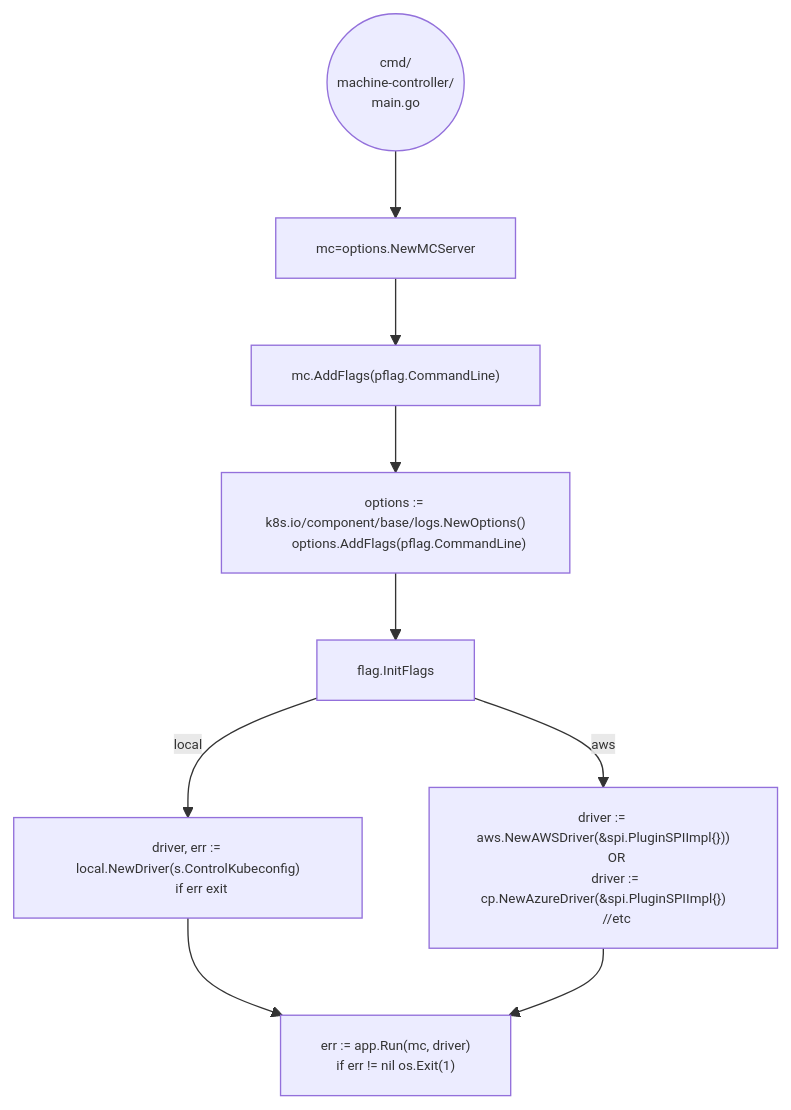
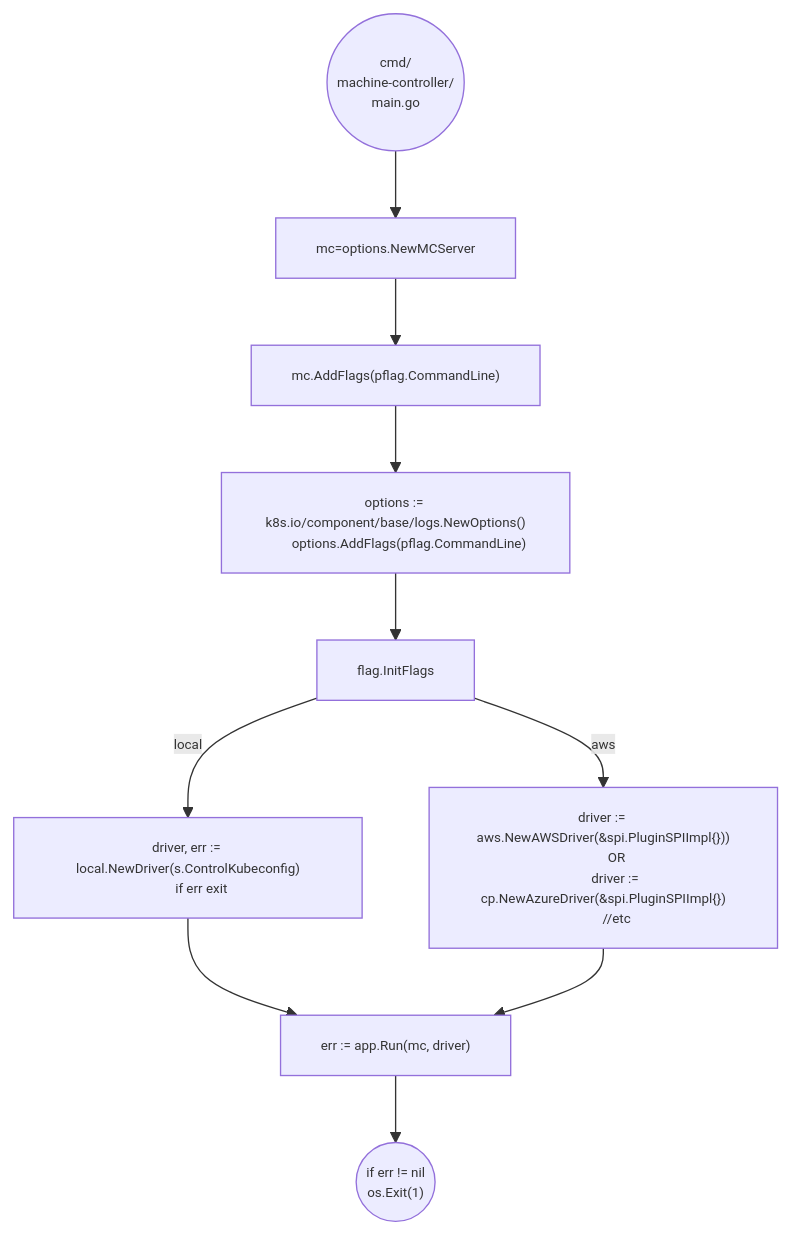
Before and after one commit to elankath/mcmdesign: the first of 2 diagrams in src/machine-controller/README.md, drawn with Mermaid. The commit also changed other lines of this file and 11 other files, not shown here.

````diff
--- a/src/machine-controller/README.md
+++ b/src/machine-controller/README.md
@@ -70,29 +71,30 @@
 ```mermaid
 %%{init: {'themeVariables': { 'fontSize': '10px'}, "flowchart": {"useMaxWidth": false }}}%%
 flowchart TB
 
 Begin(("cmd/
 machine-controller/
 main.go"))
 -->NewMCServer["mc=options.NewMCServer"]
 -->AddFlaogs["mc.AddFlags(pflag.CommandLine)"]
 -->LogOptions["options := k8s.io/component/base/logs.NewOptions()
 	options.AddFlags(pflag.CommandLine)"]
 -->InitFlags["flag.InitFlags"]
 InitFlags--local-->NewLocalDriver["
 	driver, err := local.NewDriver(s.ControlKubeconfig)
 	if err exit
 "]
 InitFlags--aws-->NewPlatformDriver["
 	driver := aws.NewAWSDriver(&spi.PluginSPIImpl{}))
 	OR
 	driver := cp.NewAzureDriver(&spi.PluginSPIImpl{})
 	//etc
 "]
 
 NewLocalDriver-->AppRun["
 	err := app.Run(mc, driver)
-	if err != nil os.Exit(1)
 "]
 NewPlatformDriver-->AppRun
+AppRun-->End(("if err != nil 
+os.Exit(1)"))
 ```
````
